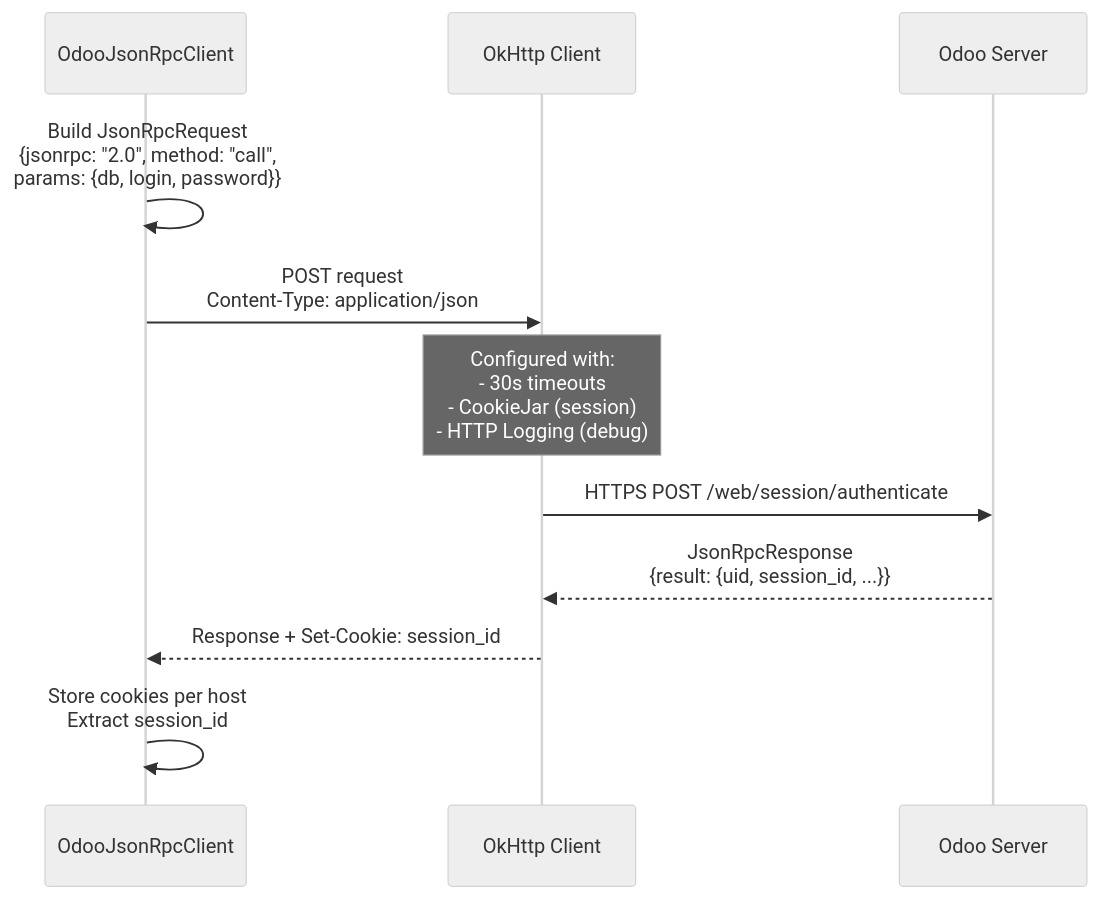
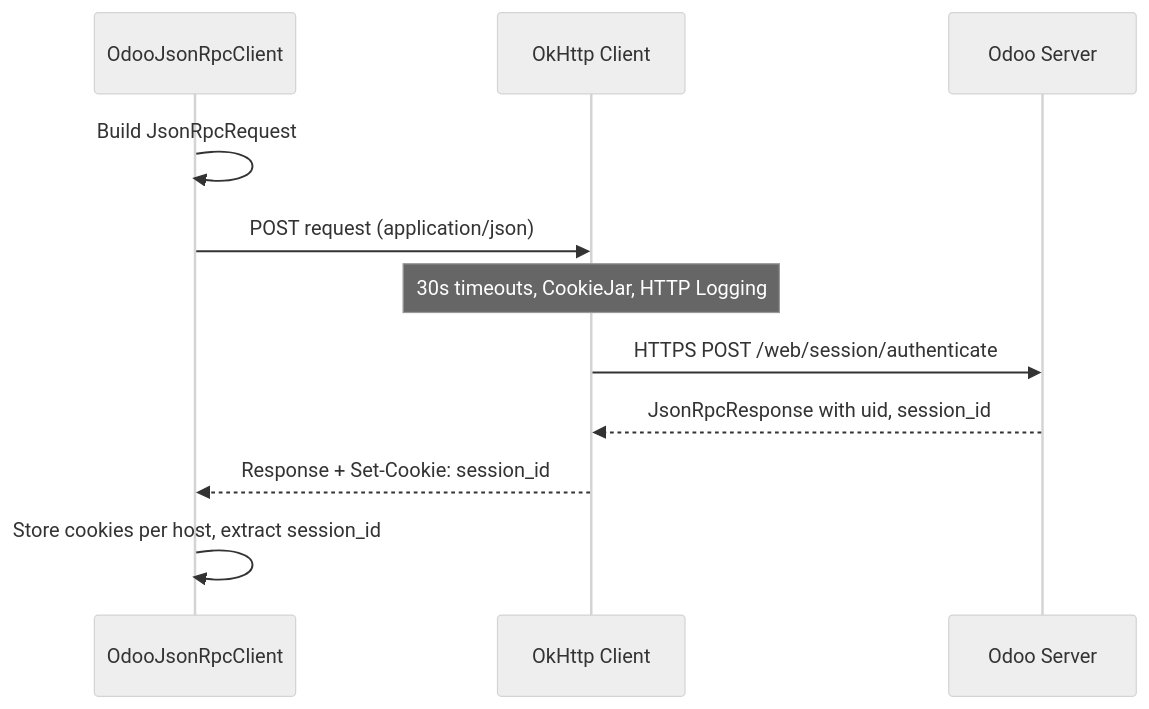
Before and after one commit to WOOWTECH/Woow_odoo_app: diagram 11 of 24 in docs/architecture-overview.md, drawn with Mermaid (neutral theme). The commit also changed other lines of this file, not shown here.

Commit message:
fix: resolve Mermaid syntax errors in architecture diagrams
Simplified sequence diagram labels that contained quotes,
special characters, and HTML entities which broke Mermaid parsers.

````diff
--- a/docs/architecture-overview.md
+++ b/docs/architecture-overview.md
@@ -477,20 +477,20 @@
 ```mermaid
 sequenceDiagram
     participant App as OdooJsonRpcClient
     participant OkHttp as OkHttp Client
     participant Odoo as Odoo Server
 
-    App->>App: Build JsonRpcRequest<br/>{jsonrpc: "2.0", method: "call",<br/>params: {db, login, password}}
+    App->>App: Build JsonRpcRequest
 
-    App->>OkHttp: POST request<br/>Content-Type: application/json
+    App->>OkHttp: POST request (application/json)
 
-    Note over OkHttp: Configured with:<br/>- 30s timeouts<br/>- CookieJar (session)<br/>- HTTP Logging (debug)
+    Note over OkHttp: 30s timeouts, CookieJar, HTTP Logging
 
     OkHttp->>Odoo: HTTPS POST /web/session/authenticate
 
-    Odoo-->>OkHttp: JsonRpcResponse<br/>{result: {uid, session_id, ...}}
+    Odoo-->>OkHttp: JsonRpcResponse with uid, session_id
 
     OkHttp-->>App: Response + Set-Cookie: session_id
 
-    App->>App: Store cookies per host<br/>Extract session_id
+    App->>App: Store cookies per host, extract session_id
 ```
````
